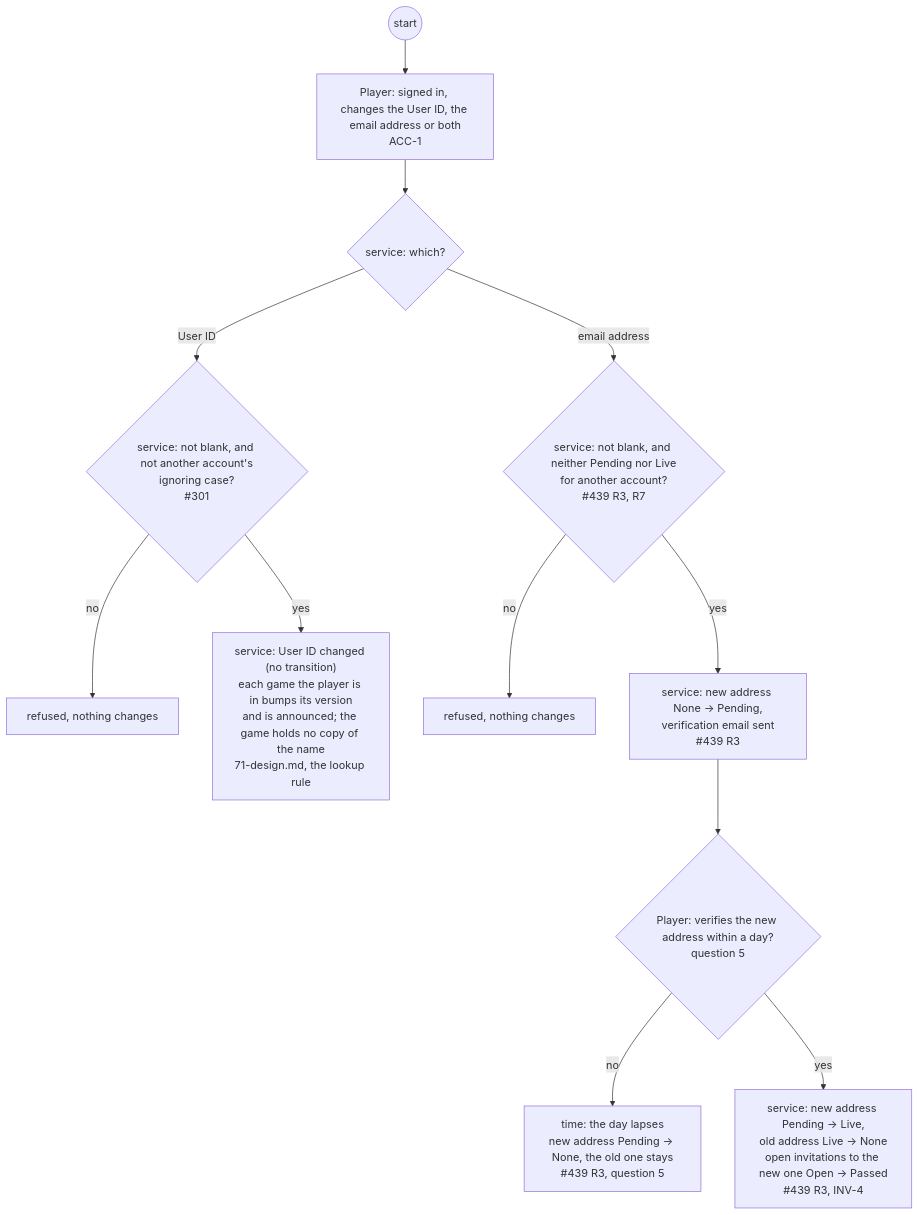
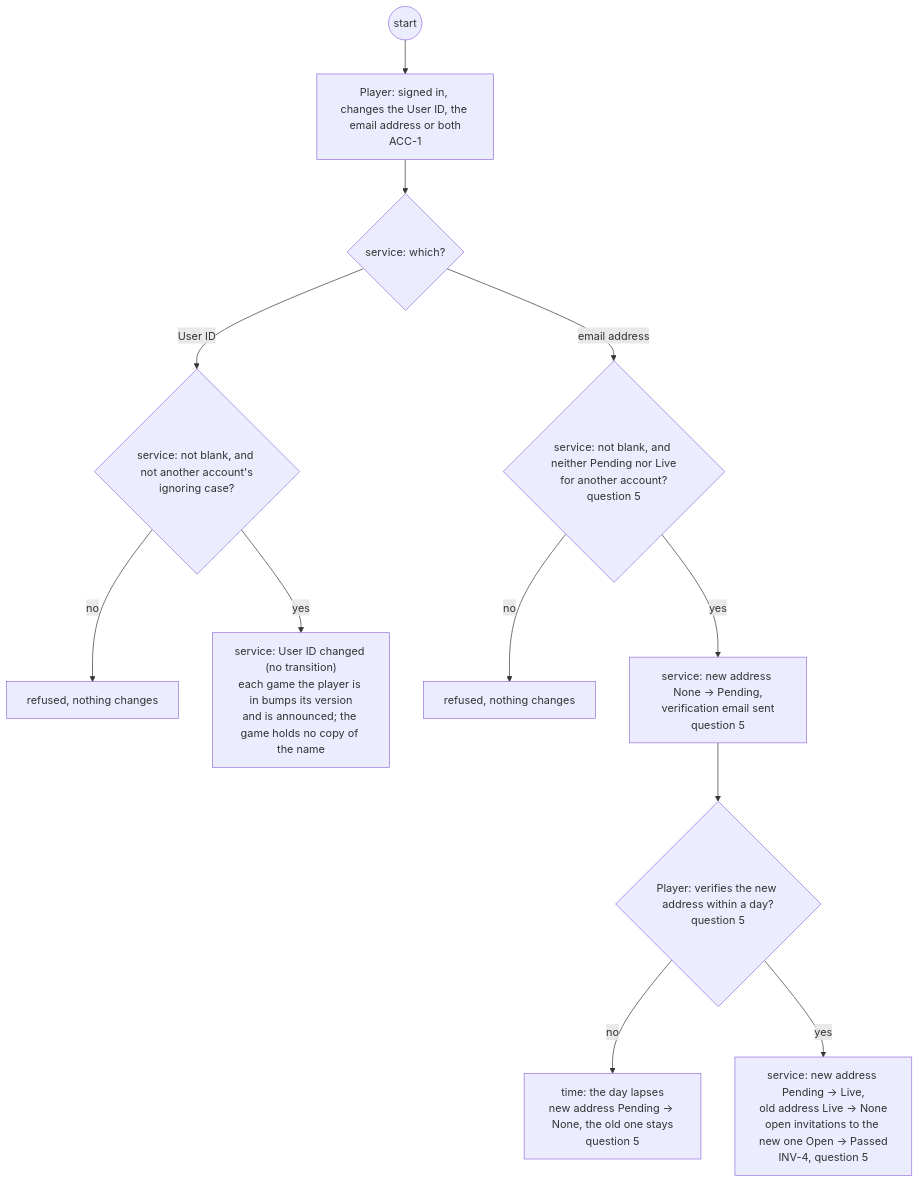
Before and after one commit to delphside/programme: the fourth of 29 diagrams in docs/changes/workstreams/application-game-architecture/71-one-game-model/71-functional.md, drawn with Mermaid. The commit also changed other lines of this file, not shown here.

First line of the commit message:
app 0.9.2 api 2.16: 71: journeys cite rules and living documents, not issues

````diff
--- a/docs/changes/workstreams/application-game-architecture/71-one-game-model/71-functional.md
+++ b/docs/changes/workstreams/application-game-architecture/71-one-game-model/71-functional.md
@@ -118,14 +128,14 @@
 ```mermaid
 flowchart TD
   s0((start)) --> p1["Player: signed in, changes the User ID, the email address or both<br/>ACC-1"]
   p1 --> d0{"service: which?"}
-  d0 -- "User ID" --> v1{"service: not blank, and not another account's<br/>ignoring case?<br/>#301"}
+  d0 -- "User ID" --> v1{"service: not blank, and not another account's<br/>ignoring case?"}
   v1 -- no --> r1["refused, nothing changes"]
-  v1 -- yes --> t1["service: User ID changed (no transition)<br/>each game the player is in bumps its version<br/>and is announced; the game holds no copy of the name<br/>71-design.md, the lookup rule"]
-  d0 -- "email address" --> v2{"service: not blank, and neither Pending nor Live<br/>for another account?<br/>#439 R3, R7"}
+  v1 -- yes --> t1["service: User ID changed (no transition)<br/>each game the player is in bumps its version<br/>and is announced; the game holds no copy of the name"]
+  d0 -- "email address" --> v2{"service: not blank, and neither Pending nor Live<br/>for another account?<br/>question 5"}
   v2 -- no --> r2["refused, nothing changes"]
-  v2 -- yes --> t2["service: new address None → Pending,<br/>verification email sent<br/>#439 R3"]
+  v2 -- yes --> t2["service: new address None → Pending,<br/>verification email sent<br/>question 5"]
   t2 --> d1{"Player: verifies the new address within a day?<br/>question 5"}
-  d1 -- no --> t3["time: the day lapses<br/>new address Pending → None, the old one stays<br/>#439 R3, question 5"]
-  d1 -- yes --> t4["service: new address Pending → Live,<br/>old address Live → None<br/>open invitations to the new one Open → Passed<br/>#439 R3, INV-4"]
+  d1 -- no --> t3["time: the day lapses<br/>new address Pending → None, the old one stays<br/>question 5"]
+  d1 -- yes --> t4["service: new address Pending → Live,<br/>old address Live → None<br/>open invitations to the new one Open → Passed<br/>INV-4, question 5"]
 ```
````
